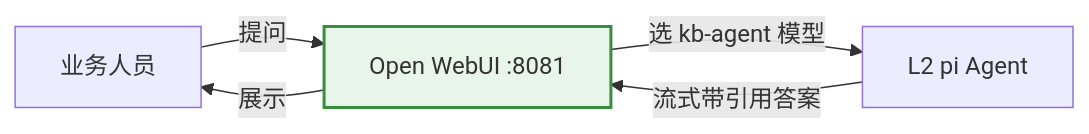
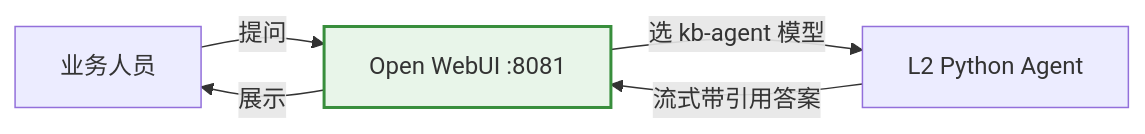
One commit to Laughingtt/kb-retrieval-sys changed the fourth of 5 diagrams in docs/architecture_3layer.md. Above: the diagram before and after it, drawn with Mermaid. The commit also changed other lines of this file and 2 other files, not shown here.

First line of the commit message:
docs(m5): L2 Python Agent 设计 + 约束文档迁移至 Python 方案

````diff
--- a/docs/architecture_3layer.md
+++ b/docs/architecture_3layer.md
@@ -170,8 +172,8 @@
 ```mermaid
 flowchart LR
     U[业务人员] -->|提问| UI[Open WebUI :8081]
-    UI -->|选 kb-agent 模型| AG[L2 pi Agent]
+    UI -->|选 kb-agent 模型| AG[L2 Python Agent]
     AG -->|流式带引用答案| UI
     UI -->|展示| U
     style UI fill:#e8f5e9,stroke:#388e3c,stroke-width:2px
 ```
````
